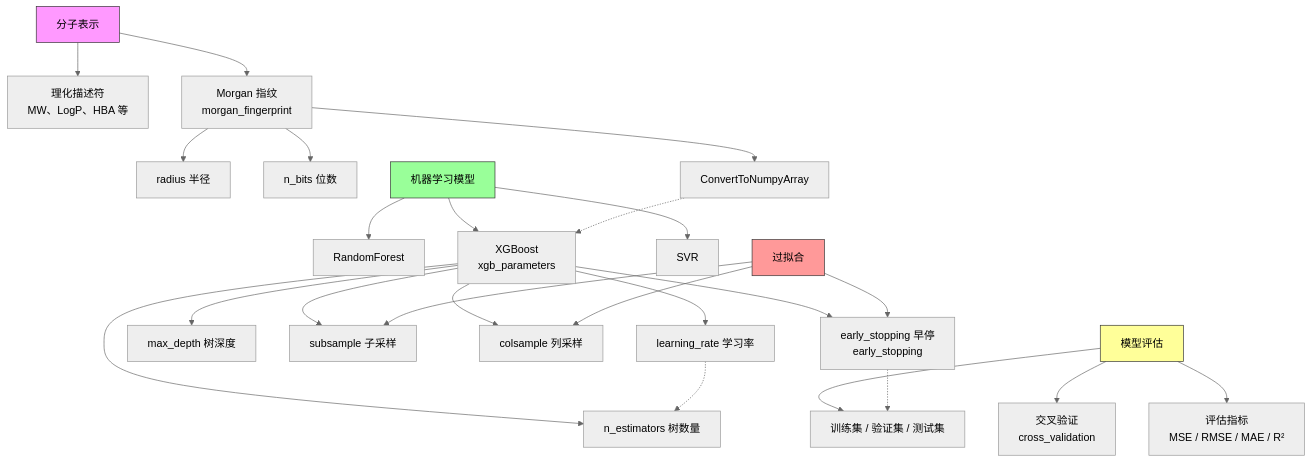
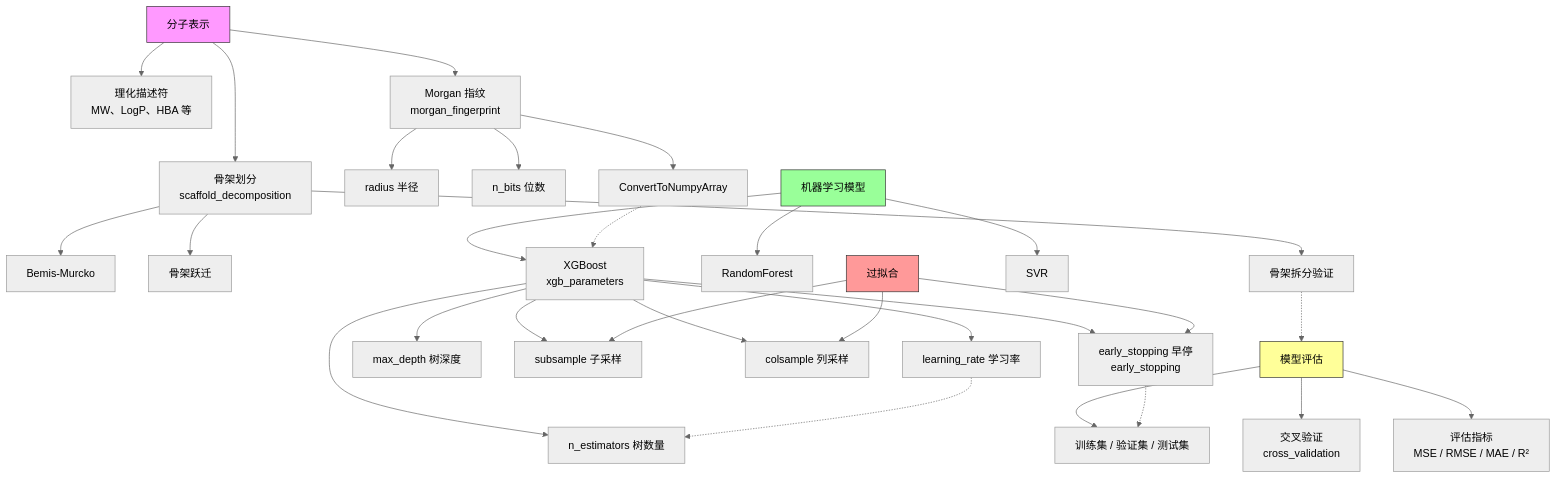
One commit to JJF-Y/AIDD-learing changed the diagram in notes/concepts/README.md. Above: the diagram before and after it, drawn with Mermaid (neutral theme). The commit also changed other lines of this file and 3 other files, not shown here.

````diff
--- a/notes/concepts/README.md
+++ b/notes/concepts/README.md
@@ -9,42 +9,47 @@
 ```mermaid
 graph TD
     %% 分子表示
     A[分子表示] --> B[理化描述符<br>MW、LogP、HBA 等]
     A --> C[Morgan 指纹<br>morgan_fingerprint]
+    A --> J[骨架划分<br>scaffold_decomposition]
     C --> C1[radius 半径]
     C --> C2[n_bits 位数]
     C --> C3[ConvertToNumpyArray]
+    J --> J1[Bemis-Murcko]
+    J --> J2[骨架跃迁]
+    J --> J3[骨架拆分验证]
 
     %% 模型
     D[机器学习模型] --> E[RandomForest]
     D --> F[XGBoost<br>xgb_parameters]
     D --> G[SVR]
 
     %% XGBoost 细节
     F --> F1[learning_rate 学习率]
     F --> F2[n_estimators 树数量]
     F --> F3[max_depth 树深度]
     F --> F4[subsample 子采样]
     F --> F5[colsample 列采样]
     F --> F6[early_stopping 早停<br>early_stopping]
 
     %% 评估与验证
     H[模型评估] --> H1[交叉验证<br>cross_validation]
     H --> H2[评估指标<br>MSE / RMSE / MAE / R²]
     H --> H3[训练集 / 验证集 / 测试集]
 
     %% 过拟合
     I[过拟合] --> F6
     I --> F4
     I --> F5
 
     %% 关系连线
     F1 -.-> F2
     F6 -.-> H3
     C3 -.-> F
+    J3 -.-> H
 
     style A fill:#f9f,stroke:#333
     style D fill:#9f9,stroke:#333
     style H fill:#ff9,stroke:#333
     style I fill:#f99,stroke:#333
 ```
````
